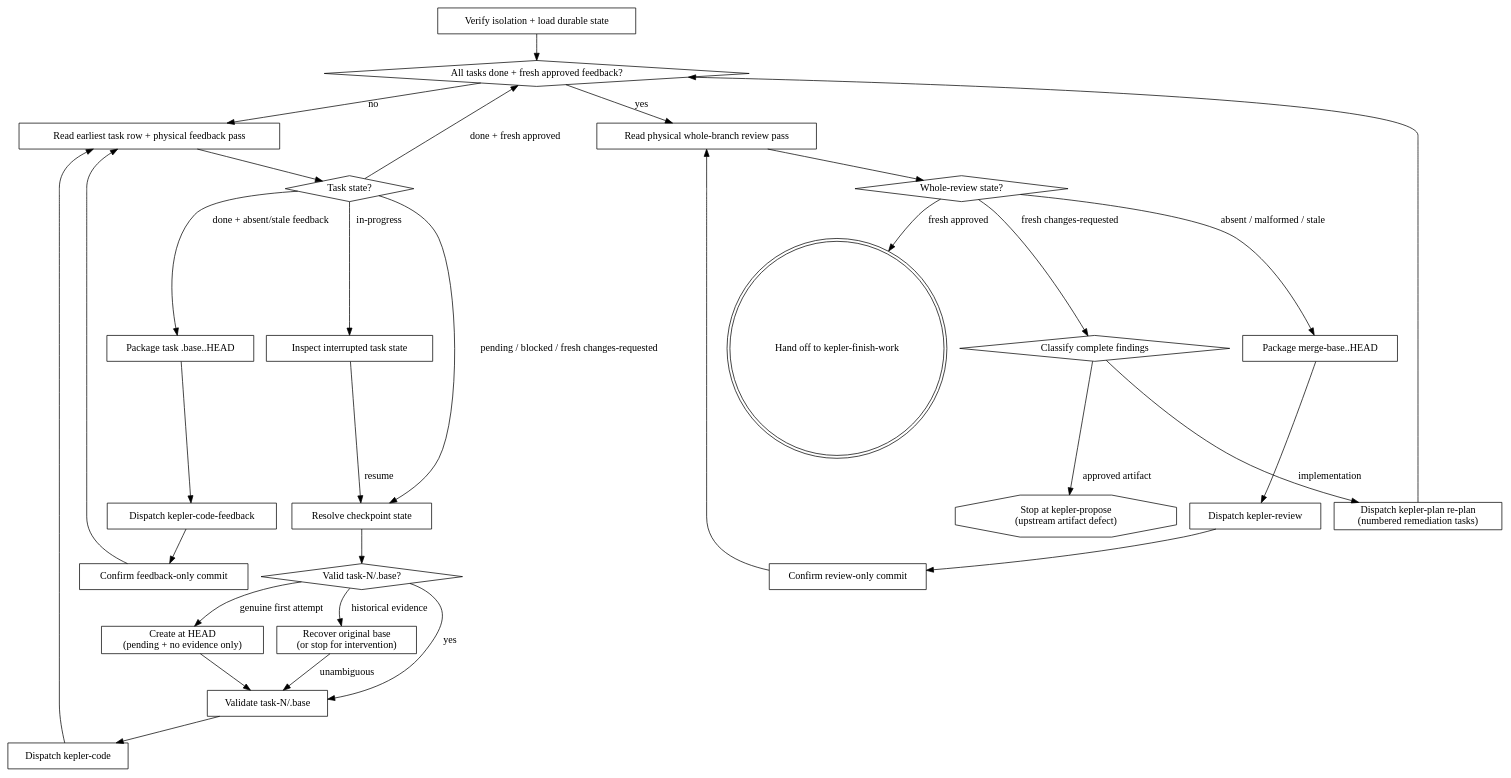
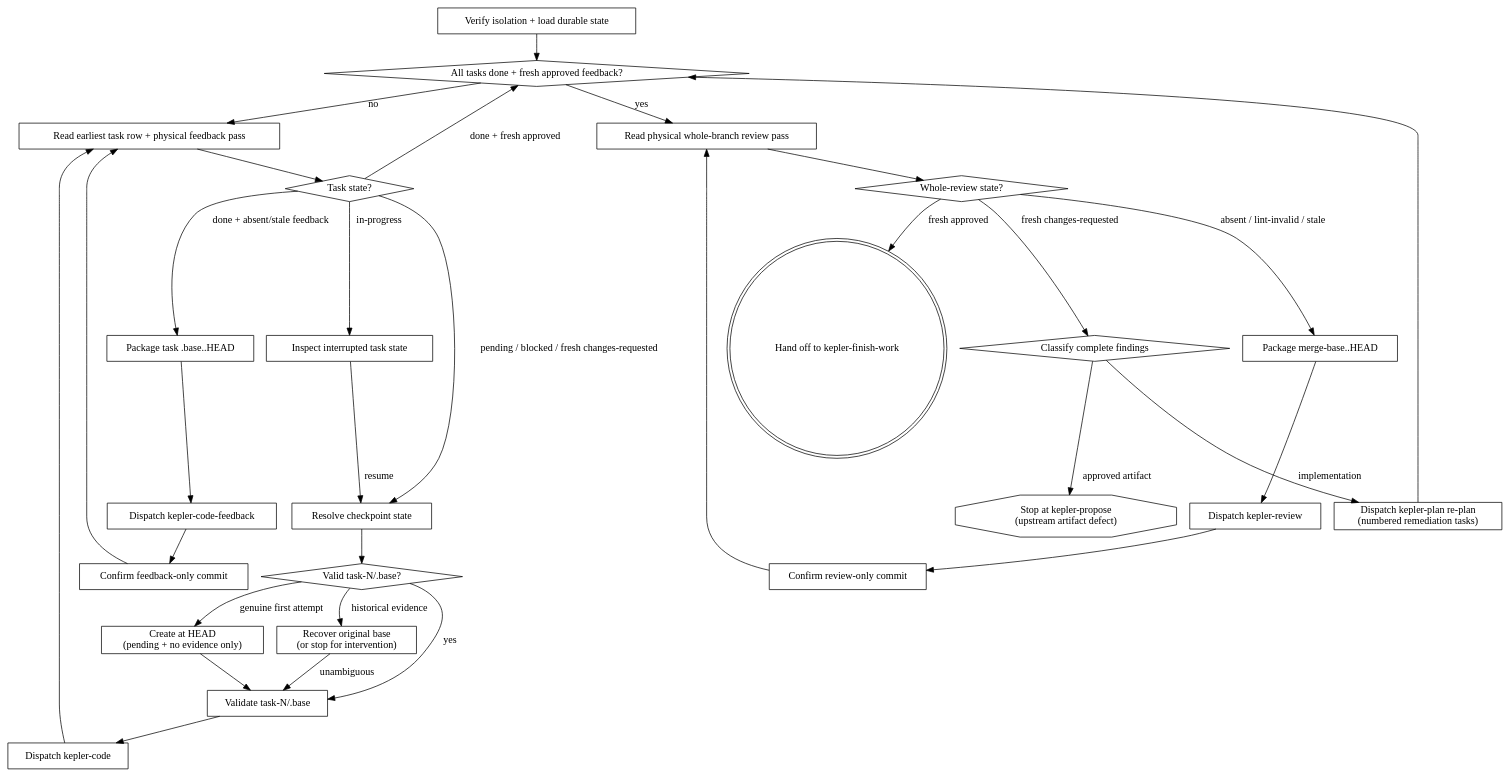
Before and after one commit to caiorcferreira/hamilton: the diagram in skills/kepler-orchestrate/SKILL.md, drawn with Graphviz. The commit also changed other lines of this file and 31 other files, not shown here.

````diff
--- a/skills/kepler-orchestrate/SKILL.md
+++ b/skills/kepler-orchestrate/SKILL.md
@@ -382,58 +388,58 @@
 ```dot
 digraph kepler_orchestrate {
     "Verify isolation + load durable state" [shape=box];
     "All tasks done + fresh approved feedback?" [shape=diamond];
     "Read earliest task row + physical feedback pass" [shape=box];
     "Task state?" [shape=diamond];
     "Inspect interrupted task state" [shape=box];
     "Resolve checkpoint state" [shape=box];
     "Valid task-N/.base?" [shape=diamond];
     "Create at HEAD\n(pending + no evidence only)" [shape=box];
     "Recover original base\n(or stop for intervention)" [shape=box];
     "Validate task-N/.base" [shape=box];
     "Dispatch kepler-code" [shape=box];
     "Package task .base..HEAD" [shape=box];
     "Dispatch kepler-code-feedback" [shape=box];
     "Confirm feedback-only commit" [shape=box];
     "Read physical whole-branch review pass" [shape=box];
     "Whole-review state?" [shape=diamond];
     "Package merge-base..HEAD" [shape=box];
     "Dispatch kepler-review" [shape=box];
     "Confirm review-only commit" [shape=box];
     "Classify complete findings" [shape=diamond];
     "Dispatch kepler-plan re-plan\n(numbered remediation tasks)" [shape=box];
     "Stop at kepler-propose\n(upstream artifact defect)" [shape=octagon];
     "Hand off to kepler-finish-work" [shape=doublecircle];
 
     "Verify isolation + load durable state" -> "All tasks done + fresh approved feedback?";
     "All tasks done + fresh approved feedback?" -> "Read earliest task row + physical feedback pass" [label="no"];
     "Read earliest task row + physical feedback pass" -> "Task state?";
     "Task state?" -> "Inspect interrupted task state" [label="in-progress"];
     "Inspect interrupted task state" -> "Resolve checkpoint state" [label="resume"];
     "Task state?" -> "Resolve checkpoint state" [label="pending / blocked / fresh changes-requested"];
     "Resolve checkpoint state" -> "Valid task-N/.base?";
     "Valid task-N/.base?" -> "Validate task-N/.base" [label="yes"];
     "Valid task-N/.base?" -> "Create at HEAD\n(pending + no evidence only)" [label="genuine first attempt"];
     "Create at HEAD\n(pending + no evidence only)" -> "Validate task-N/.base";
     "Valid task-N/.base?" -> "Recover original base\n(or stop for intervention)" [label="historical evidence"];
     "Recover original base\n(or stop for intervention)" -> "Validate task-N/.base" [label="unambiguous"];
     "Validate task-N/.base" -> "Dispatch kepler-code";
     "Dispatch kepler-code" -> "Read earliest task row + physical feedback pass";
     "Task state?" -> "Package task .base..HEAD" [label="done + absent/stale feedback"];
     "Package task .base..HEAD" -> "Dispatch kepler-code-feedback";
     "Dispatch kepler-code-feedback" -> "Confirm feedback-only commit";
     "Confirm feedback-only commit" -> "Read earliest task row + physical feedback pass";
     "Task state?" -> "All tasks done + fresh approved feedback?" [label="done + fresh approved"];
     "All tasks done + fresh approved feedback?" -> "Read physical whole-branch review pass" [label="yes"];
     "Read physical whole-branch review pass" -> "Whole-review state?";
-    "Whole-review state?" -> "Package merge-base..HEAD" [label="absent / malformed / stale"];
+    "Whole-review state?" -> "Package merge-base..HEAD" [label="absent / lint-invalid / stale"];
     "Package merge-base..HEAD" -> "Dispatch kepler-review";
     "Dispatch kepler-review" -> "Confirm review-only commit";
     "Confirm review-only commit" -> "Read physical whole-branch review pass";
     "Whole-review state?" -> "Classify complete findings" [label="fresh changes-requested"];
     "Classify complete findings" -> "Dispatch kepler-plan re-plan\n(numbered remediation tasks)" [label="implementation"];
     "Dispatch kepler-plan re-plan\n(numbered remediation tasks)" -> "All tasks done + fresh approved feedback?";
     "Classify complete findings" -> "Stop at kepler-propose\n(upstream artifact defect)" [label="approved artifact"];
     "Whole-review state?" -> "Hand off to kepler-finish-work" [label="fresh approved"];
 }
 ```
````
